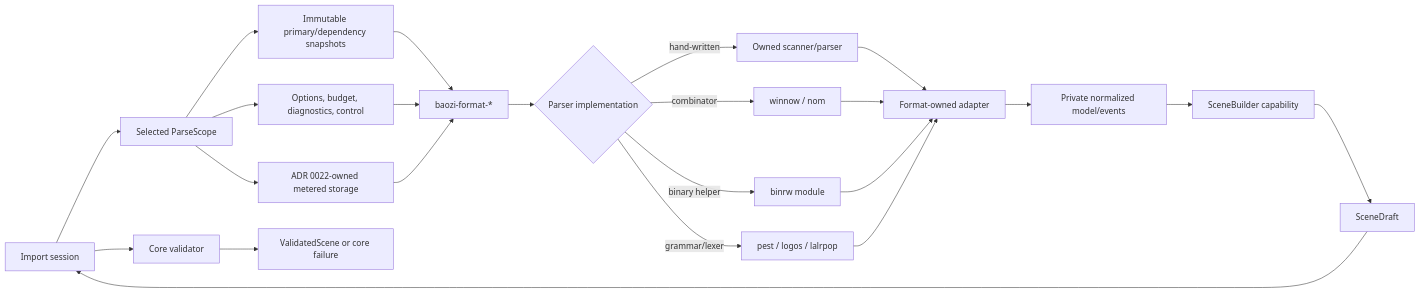
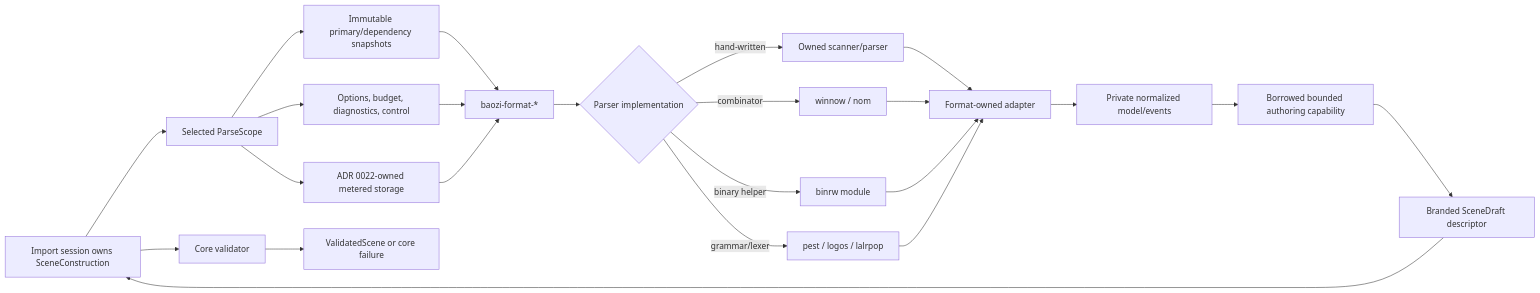
Before and after one commit to Latias94/baozi: the first of 2 diagrams in docs/adr/0018-parser-tooling-and-format-owned-parser-policy.md, drawn with Mermaid. The commit also changed other lines of this file and 18 other files, not shown here.

First line of the commit message:
docs(architecture): align canonical cutover gates

````diff
--- a/docs/adr/0018-parser-tooling-and-format-owned-parser-policy.md
+++ b/docs/adr/0018-parser-tooling-and-format-owned-parser-policy.md
@@ -93,25 +94,25 @@
 ```mermaid
 flowchart LR
-    Session[Import session] --> Scope[Selected ParseScope]
+    Session[Import session owns SceneConstruction] --> Scope[Selected ParseScope]
     Scope --> Input[Immutable primary/dependency snapshots]
     Scope --> Capabilities[Options, budget, diagnostics, control]
     Scope --> Storage[ADR 0022-owned metered storage]
     Input --> FormatCrate[baozi-format-*]
     Capabilities --> FormatCrate
     Storage --> FormatCrate
     FormatCrate --> Tool{Parser implementation}
     Tool -->|hand-written| Owned[Owned scanner/parser]
     Tool -->|combinator| Combinator[winnow / nom]
     Tool -->|binary helper| Binary[binrw module]
     Tool -->|grammar/lexer| Generated[pest / logos / lalrpop]
     Owned --> Adapter[Format-owned adapter]
     Combinator --> Adapter
     Binary --> Adapter
     Generated --> Adapter
     Adapter --> Normalized[Private normalized model/events]
-    Normalized --> Builder[SceneBuilder capability]
-    Builder --> Draft[SceneDraft]
+    Normalized --> Author[Borrowed bounded authoring capability]
+    Author --> Draft[Branded SceneDraft descriptor]
     Draft --> Session
     Session --> Validator[Core validator]
     Validator --> Validated[ValidatedScene or core failure]
 ```
````
